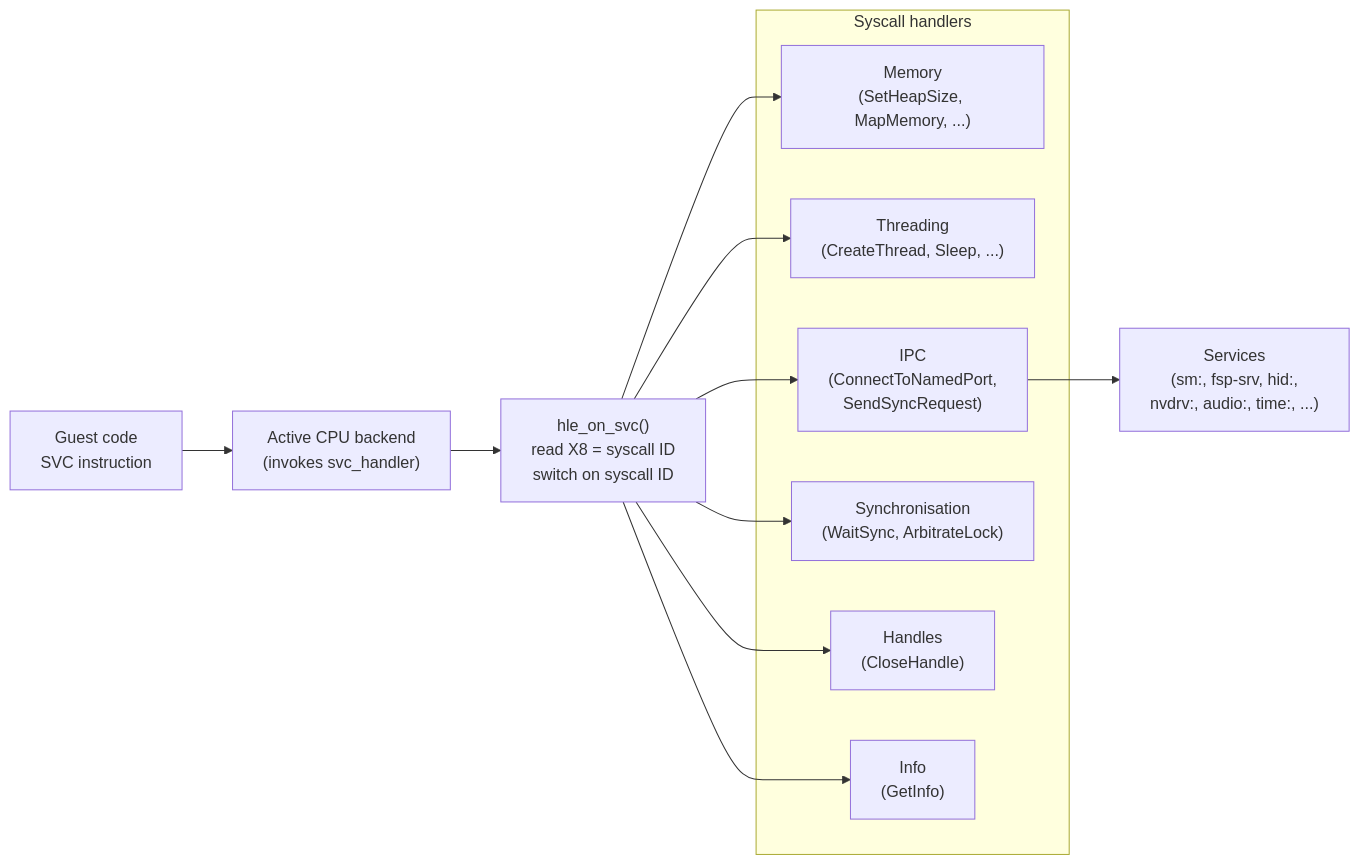
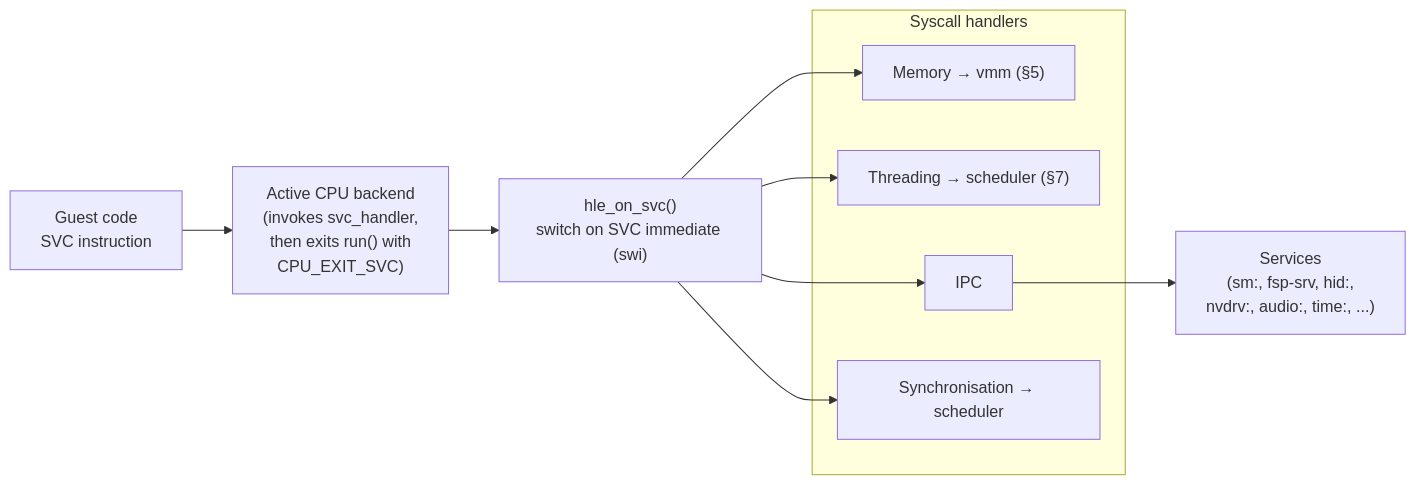
The sixth of 15 diagrams in docs/DESIGN.md (helloimthesigma-blip/Voland), drawn with Mermaid before and after one commit. The commit also changed other lines of this file, not shown here.

````diff
--- a/docs/DESIGN.md
+++ b/docs/DESIGN.md
@@ -1123,27 +1042,23 @@
 ```mermaid
 flowchart LR
     GUEST["Guest code<br/>SVC instruction"]
-    BACKEND["Active CPU backend<br/>(invokes svc_handler)"]
-    DISPATCH["hle_on_svc()<br/>read X8 = syscall ID<br/>switch on syscall ID"]
+    BACKEND["Active CPU backend<br/>(invokes svc_handler,<br/>then exits run() with<br/>CPU_EXIT_SVC)"]
+    DISPATCH["hle_on_svc()<br/>switch on SVC immediate (swi)"]
 
     subgraph Handlers["Syscall handlers"]
-        MEM["Memory<br/>(SetHeapSize, MapMemory, ...)"]
-        THR["Threading<br/>(CreateThread, Sleep, ...)"]
-        IPC["IPC<br/>(ConnectToNamedPort,<br/>SendSyncRequest)"]
-        SYNC["Synchronisation<br/>(WaitSync, ArbitrateLock)"]
-        H["Handles<br/>(CloseHandle)"]
-        I["Info<br/>(GetInfo)"]
+        MEM["Memory → vmm (§5)"]
+        THR["Threading → scheduler (§7)"]
+        IPC["IPC"]
+        SYNC["Synchronisation → scheduler"]
     end
 
     SERVICES["Services<br/>(sm:, fsp-srv, hid:,<br/>nvdrv:, audio:, time:, ...)"]
 
     GUEST --> BACKEND
     BACKEND --> DISPATCH
     DISPATCH --> MEM
     DISPATCH --> THR
     DISPATCH --> IPC
     DISPATCH --> SYNC
-    DISPATCH --> H
-    DISPATCH --> I
     IPC --> SERVICES
 ```
````
